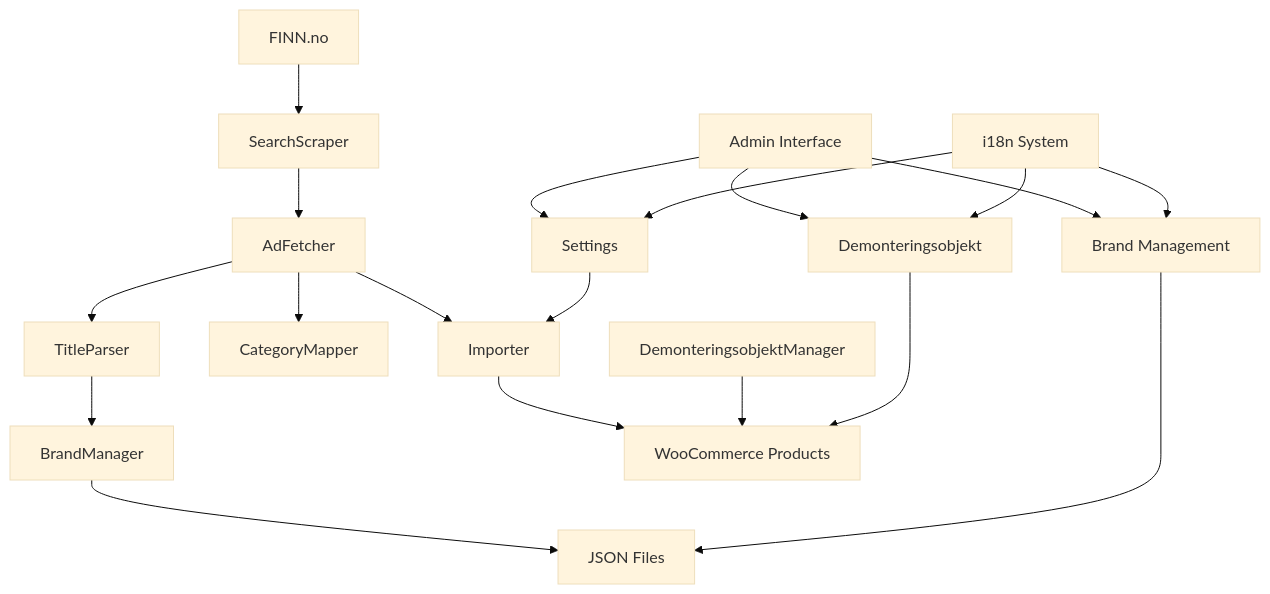
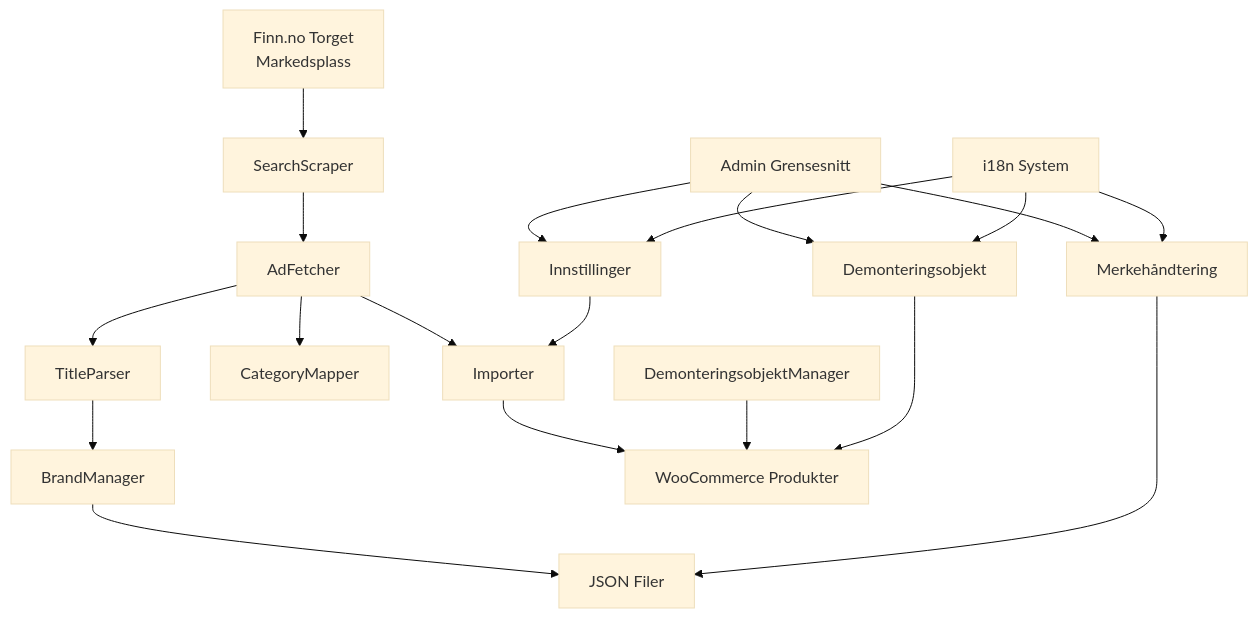
One commit to ekhanatime/finntilwoo changed the first of 4 diagrams in README.md. Above: the diagram before and after it, drawn with Mermaid (base theme). The commit also changed other lines of this file, not shown here.

````diff
--- a/README.md
+++ b/README.md
@@ -22,23 +22,23 @@
 ```mermaid
 graph TB
-    A[FINN.no] --> B[SearchScraper]
+    A[Finn.no Torget<br/>Markedsplass] --> B[SearchScraper]
     B --> C[AdFetcher]
     C --> D[TitleParser]
     C --> E[CategoryMapper]
     D --> F[BrandManager]
-    F --> G[JSON Files]
+    F --> G[JSON Filer]
     C --> H[Importer]
-    H --> I[WooCommerce Products]
+    H --> I[WooCommerce Produkter]
 
     J[DemonteringsobjektManager] --> I
-    K[Admin Interface] --> L[Settings]
-    K --> M[Brand Management]
+    K[Admin Grensesnitt] --> L[Innstillinger]
+    K --> M[Merkehåndtering]
     K --> N[Demonteringsobjekt]
     L --> H
     M --> G
     N --> I
 
     O[i18n System] --> L
     O --> M
     O --> N
 ```
````
